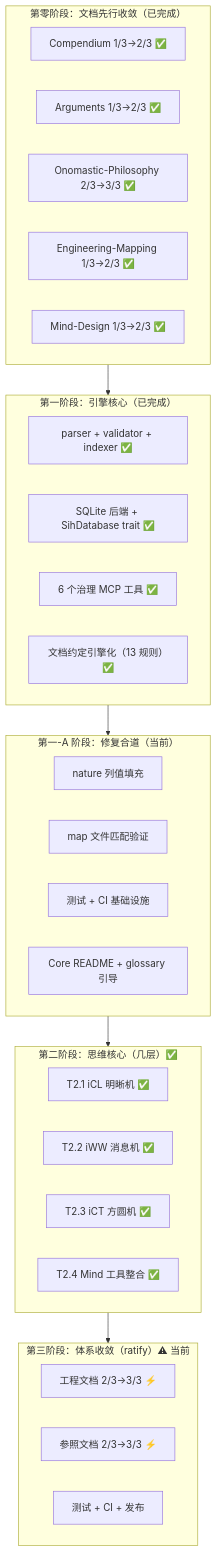
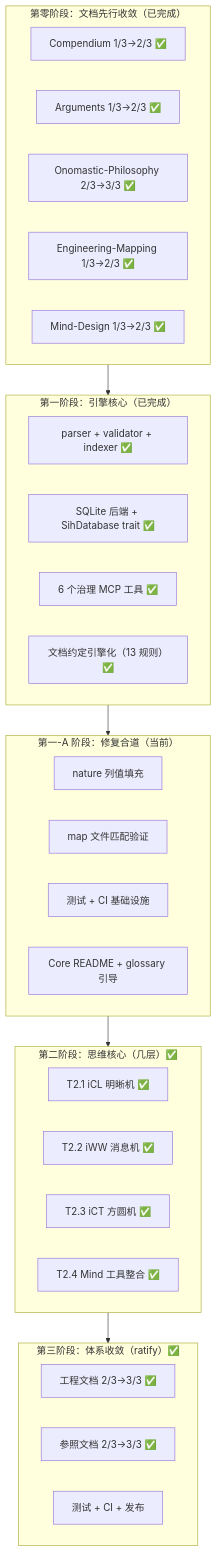
One commit to sgmov/sihankor changed the second of 3 diagrams in docs/specs/engineering/SiHankor-Engine-Roadmap.sih.md. Above: the diagram before and after it, drawn with Mermaid. The commit also changed other lines of this file and 1 other file, not shown here.

First line of the commit message:
ratify: Dev-Governance 2/3→3/3 —— Reopen 已由 Canon §3.4 定义

````diff
--- a/docs/specs/engineering/SiHankor-Engine-Roadmap.sih.md
+++ b/docs/specs/engineering/SiHankor-Engine-Roadmap.sih.md
@@ -140,42 +140,42 @@
 ```mermaid
 flowchart TB
     subgraph Phase0["第零阶段：文档先行收敛（已完成）"]
         D0a["Compendium 1/3→2/3 ✅"]
         D0b["Arguments 1/3→2/3 ✅"]
         D0c["Onomastic-Philosophy 2/3→3/3 ✅"]
         D0d["Engineering-Mapping 1/3→2/3 ✅"]
         D0e["Mind-Design 1/3→2/3 ✅"]
     end
 
     subgraph Phase1["第一阶段：引擎核心（已完成）"]
         A1["parser + validator + indexer ✅"]
         A2["SQLite 后端 + SihDatabase trait ✅"]
         A3["6 个治理 MCP 工具 ✅"]
         A4["文档约定引擎化（13 规则）✅"]
     end
 
     subgraph Phase1a["第一-A 阶段：修复合道（当前）"]
         A5["nature 列值填充"]
         A6["map 文件匹配验证"]
         A7["测试 + CI 基础设施"]
         A8["Core README + glossary 引导"]
     end
 
     subgraph Phase2["第二阶段：思维核心（几层）✅"]
         B1["T2.1 iCL 明晰机 ✅"]
         B2["T2.2 iWW 消息机 ✅"]
         B3["T2.3 iCT 方圆机 ✅"]
         B4["T2.4 Mind 工具整合 ✅"]
     end
 
-    subgraph Phase3["第三阶段：体系收敛（ratify）⚠ 当前"]
-        C1["工程文档 2/3→3/3 ⚡"]
-        C2["参照文档 2/3→3/3 ⚡"]
+    subgraph Phase3["第三阶段：体系收敛（ratify）✅"]
+        C1["工程文档 2/3→3/3 ✅"]
+        C2["参照文档 2/3→3/3 ✅"]
         C3["测试 + CI + 发布"]
     end
 
     Phase0 --> Phase1
     Phase1 --> Phase1a
     Phase1a --> Phase2
     Phase2 --> Phase3
 ```
````
